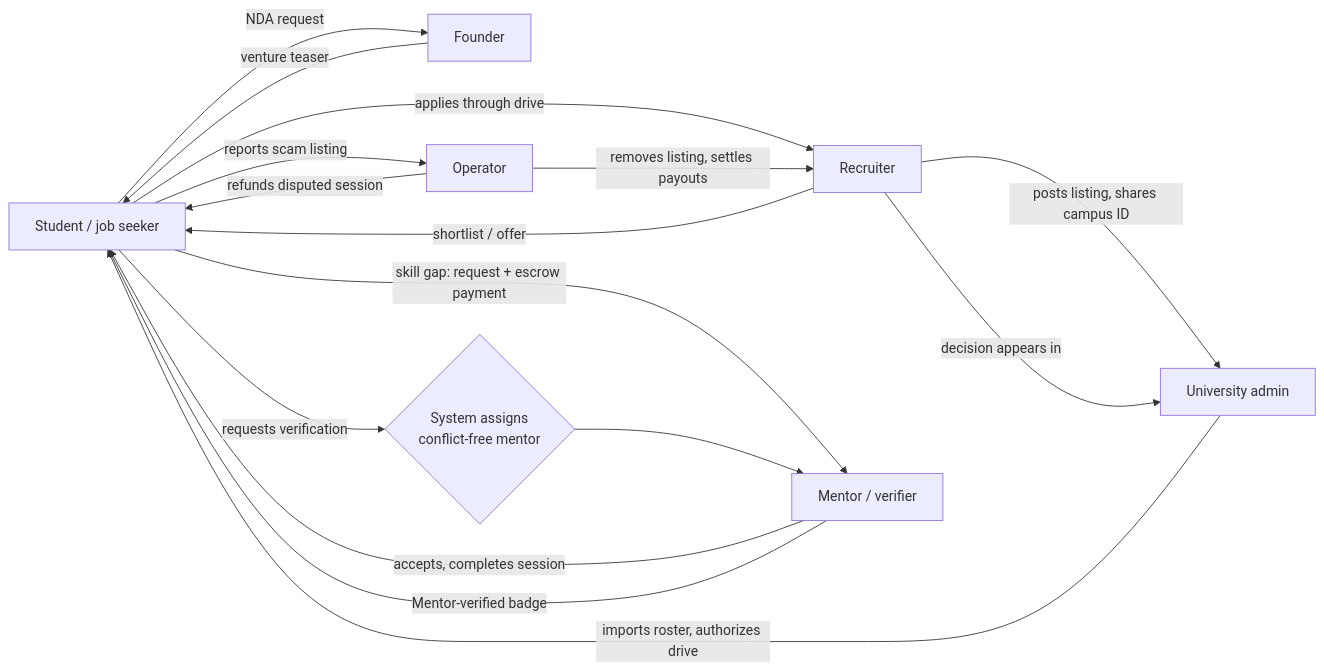
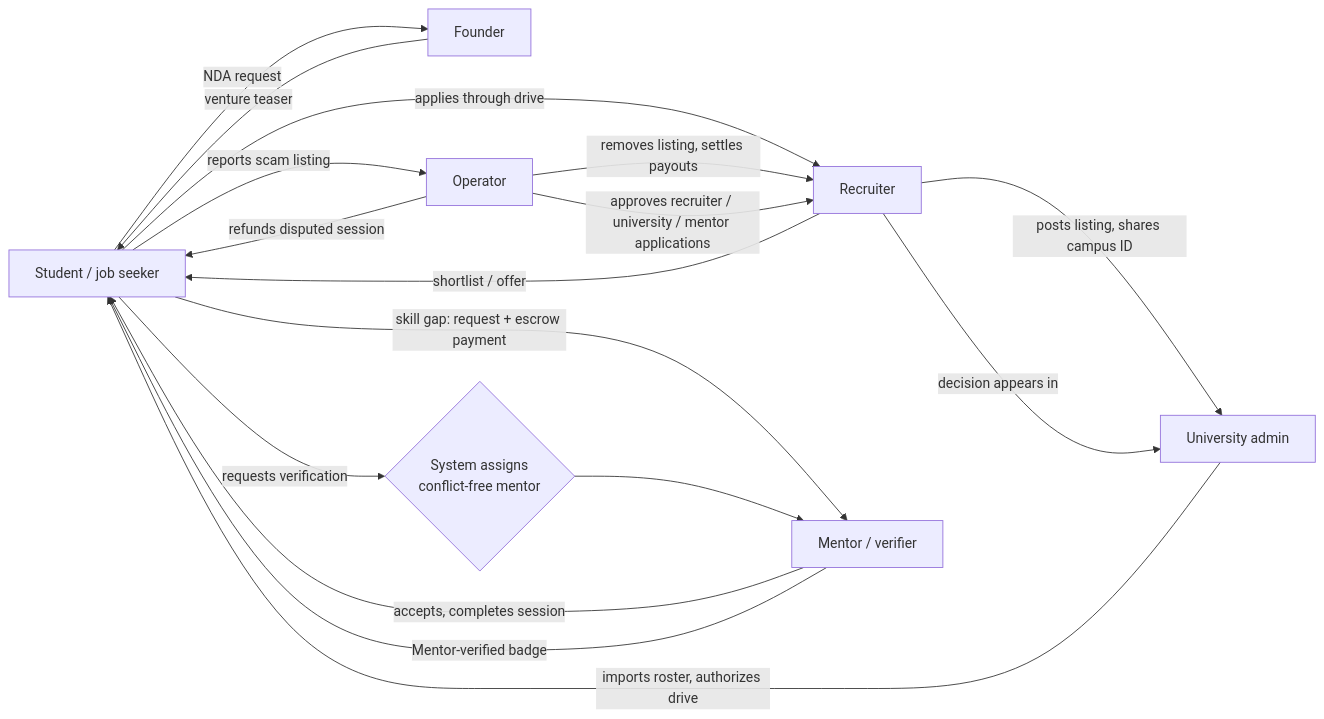
The first of 9 diagrams in docs/showcase-workflow.md (piyushkapoor235/sprintbridge), drawn with Mermaid before and after one commit. The commit also changed other lines of this file and 25 other files, not shown here.

First line of the commit message:
Add role onboarding, roster linking, workflow doc and per-role diagrams

````diff
--- a/docs/showcase-workflow.md
+++ b/docs/showcase-workflow.md
@@ -26,25 +32,26 @@
 ```mermaid
 flowchart LR
     S[Student / job seeker]
     R[Recruiter]
     U[University admin]
     M[Mentor / verifier]
     F[Founder]
     O[Operator]
 
     R -- posts listing, shares campus ID --> U
     U -- imports roster, authorizes drive --> S
     S -- applies through drive --> R
     R -- shortlist / offer --> S
     R -- decision appears in --> U
     S -- skill gap: request + escrow payment --> M
     M -- accepts, completes session --> S
     S -- requests verification --> X{System assigns<br/>conflict-free mentor}
     X --> M
     M -- Mentor-verified badge --> S
     F -- venture teaser --> S
     S -- NDA request --> F
     S -- reports scam listing --> O
     O -- removes listing, settles payouts --> R
     O -- refunds disputed session --> S
+    O -- approves recruiter / university / mentor applications --> R
 ```
````
